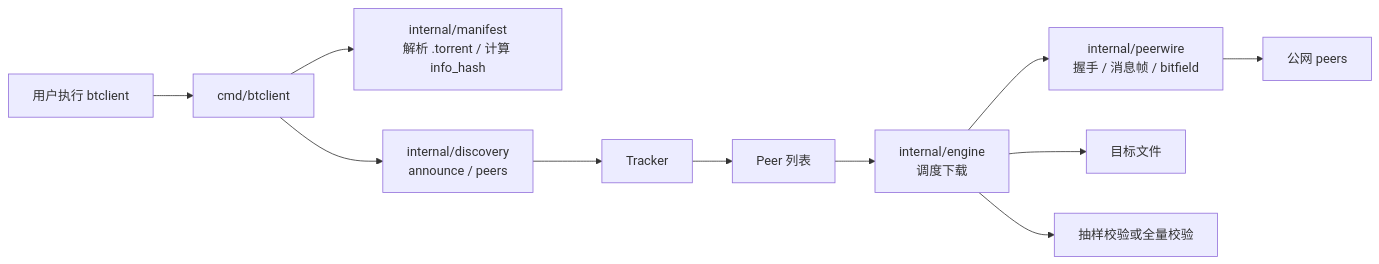
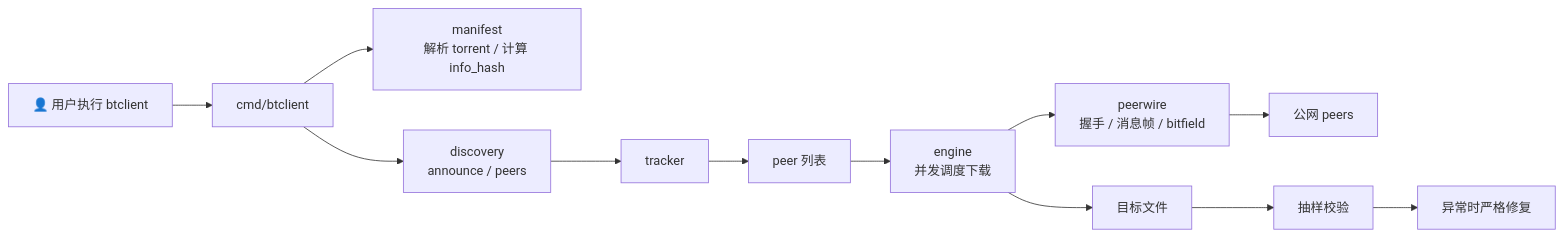
One commit to SimonMing47/BitTorrent changed the first of 7 diagrams in README.md. Above: the diagram before and after it, drawn with Mermaid. The commit also changed other lines of this file, not shown here.

````diff
--- a/README.md
+++ b/README.md
@@ -11,13 +71,14 @@
 ```mermaid
 flowchart LR
-    U["用户执行 btclient"] --> CLI["cmd/btclient"]
-    CLI --> MF["internal/manifest<br/>解析 .torrent / 计算 info_hash"]
-    CLI --> DS["internal/discovery<br/>announce / peers"]
-    DS --> TR["Tracker"]
-    TR --> PL["Peer 列表"]
-    PL --> EN["internal/engine<br/>调度下载"]
-    EN --> PW["internal/peerwire<br/>握手 / 消息帧 / bitfield"]
+    U["👤 用户执行 btclient"] --> CLI["cmd/btclient"]
+    CLI --> MF["manifest<br/>解析 torrent / 计算 info_hash"]
+    CLI --> DS["discovery<br/>announce / peers"]
+    DS --> TR["tracker"]
+    TR --> PEERLIST["peer 列表"]
+    PEERLIST --> EN["engine<br/>并发调度下载"]
+    EN --> PW["peerwire<br/>握手 / 消息帧 / bitfield"]
     PW --> PEERS["公网 peers"]
-    EN --> FS["目标文件"]
-    EN --> AUDIT["抽样校验或全量校验"]
+    EN --> FILE["目标文件"]
+    FILE --> AUDIT["抽样校验"]
+    AUDIT --> REPAIR["异常时严格修复"]
 ```
````
